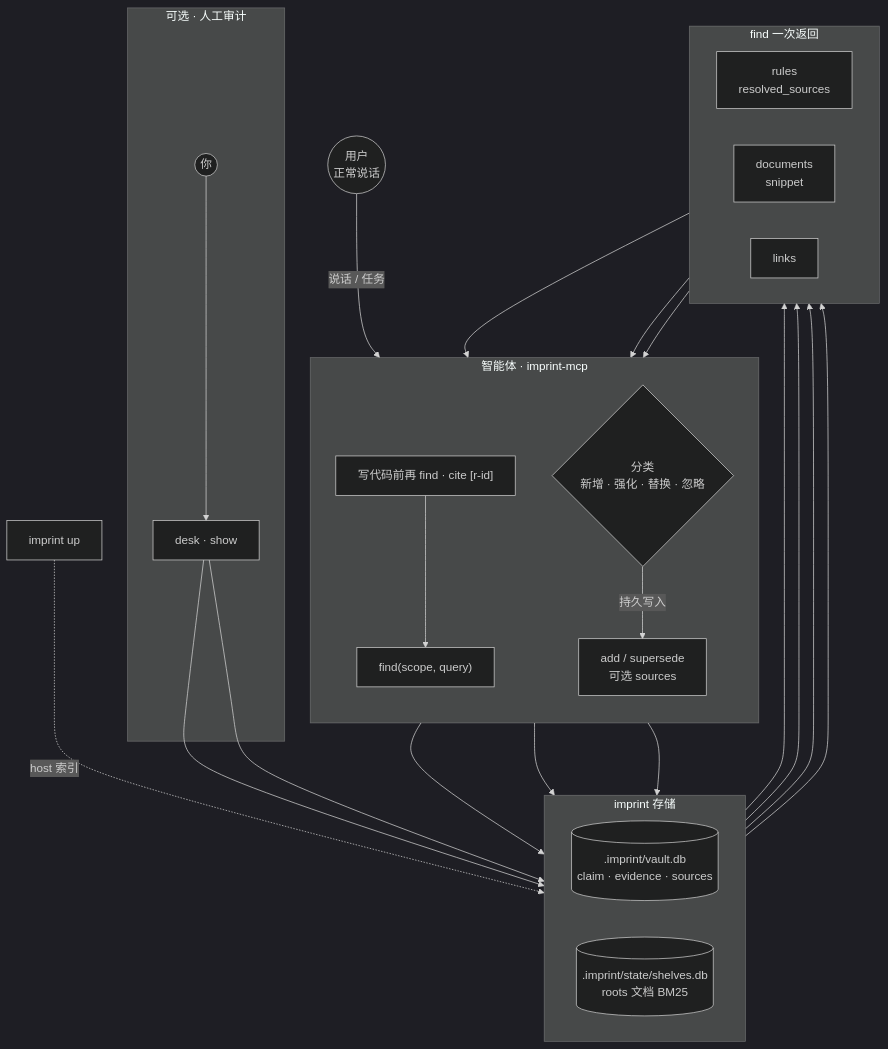
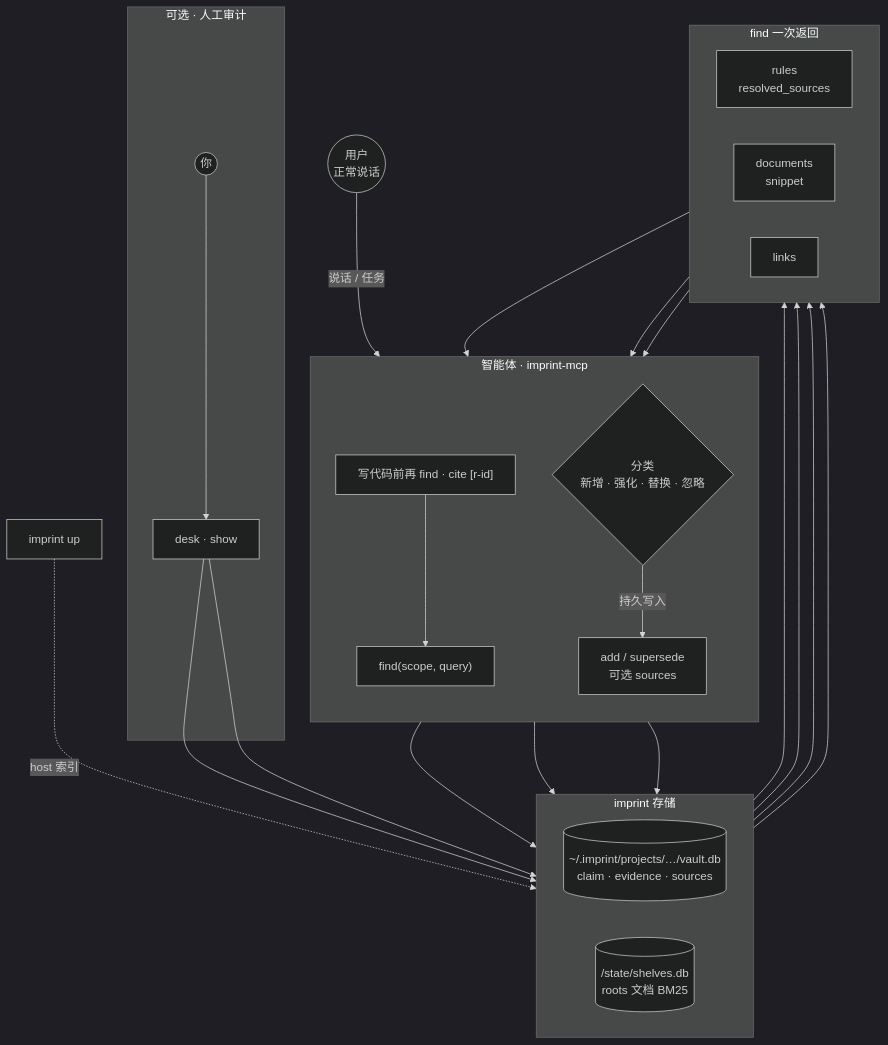
The first of 2 diagrams in README.zh.md (SteamedBread2333/imprint), drawn with Mermaid (dark theme) before and after one commit. The commit also changed other lines of this file and 17 other files, not shown here.

````diff
--- a/README.zh.md
+++ b/README.zh.md
@@ -51,45 +51,45 @@
 ```mermaid
 flowchart TB
   U((用户<br/>正常说话))
 
   subgraph Agent["智能体 · imprint-mcp"]
     direction TB
     F["find(scope, query)"]
     C{"分类<br/>新增 · 强化 · 替换 · 忽略"}
     W["add / supersede<br/>可选 sources"]
     R["写代码前再 find · cite [r-id]"]
   end
 
   subgraph Store["imprint 存储"]
     direction LR
-    Vault[(".imprint/vault.db<br/>claim · evidence · sources")]
-    Shelves[(".imprint/state/shelves.db<br/>roots 文档 BM25")]
+    Vault[("~/.imprint/projects/…/vault.db<br/>claim · evidence · sources")]
+    Shelves[("<vault>/state/shelves.db<br/>roots 文档 BM25")]
   end
 
   subgraph FindOut["find 一次返回"]
     direction LR
     FR["rules<br/>resolved_sources"]
     FD["documents<br/>snippet"]
     FL["links"]
   end
 
   subgraph Audit["可选 · 人工审计"]
     H((你)) --> Desk["desk · show"]
   end
 
   UP["imprint up"] -.->|host 索引| Shelves
 
   U -->|说话 / 任务| Agent
   F --> Vault
   F --> Shelves
   Vault --> FR
   Shelves --> FD
   Vault --> FL
   Shelves --> FL
   FR & FD & FL --> C
   C -->|持久写入| W
   W --> Vault
   R --> F
   Desk --> Vault
   Desk --> Shelves
 ```
````
